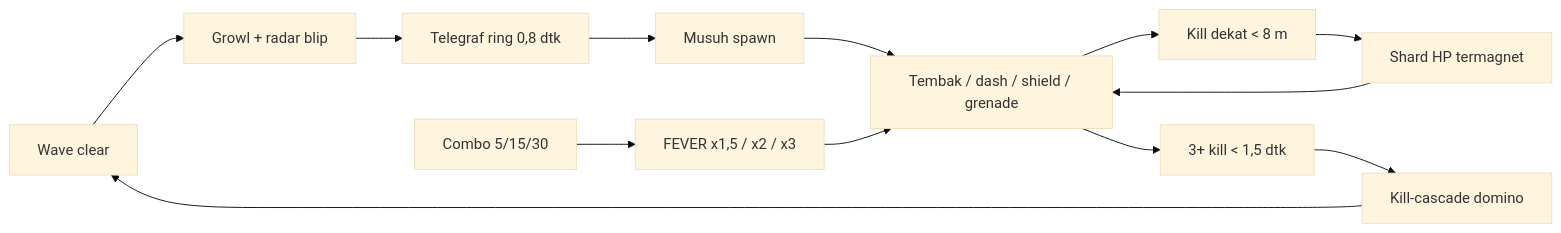
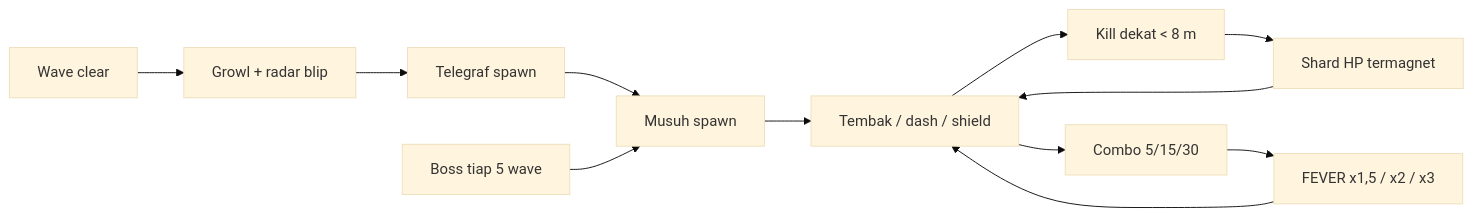
Before and after one commit to fawwaz1st/PolyHorde: the diagram in README.md, drawn with Mermaid (base theme). The commit also changed other lines of this file, not shown here.

````diff
--- a/README.md
+++ b/README.md
@@ -18,15 +18,14 @@
 ```mermaid
 flowchart LR
     A[Wave clear] --> B[Growl + radar blip]
-    B --> C[Telegraf ring 0,8 dtk]
+    B --> C[Telegraf spawn]
     C --> D[Musuh spawn]
-    D --> E[Tembak / dash / shield / grenade]
+    D --> E[Tembak / dash / shield]
     E --> F[Kill dekat < 8 m]
     F --> G[Shard HP termagnet]
     G --> E
-    E --> H[3+ kill < 1,5 dtk]
-    H --> I[Kill-cascade domino]
-    I --> A
-    J[Combo 5/15/30] --> K[FEVER x1,5 / x2 / x3]
-    K --> E
+    E --> H[Combo 5/15/30]
+    H --> I[FEVER x1,5 / x2 / x3]
+    I --> E
+    J[Boss tiap 5 wave] --> D
 ```
````
